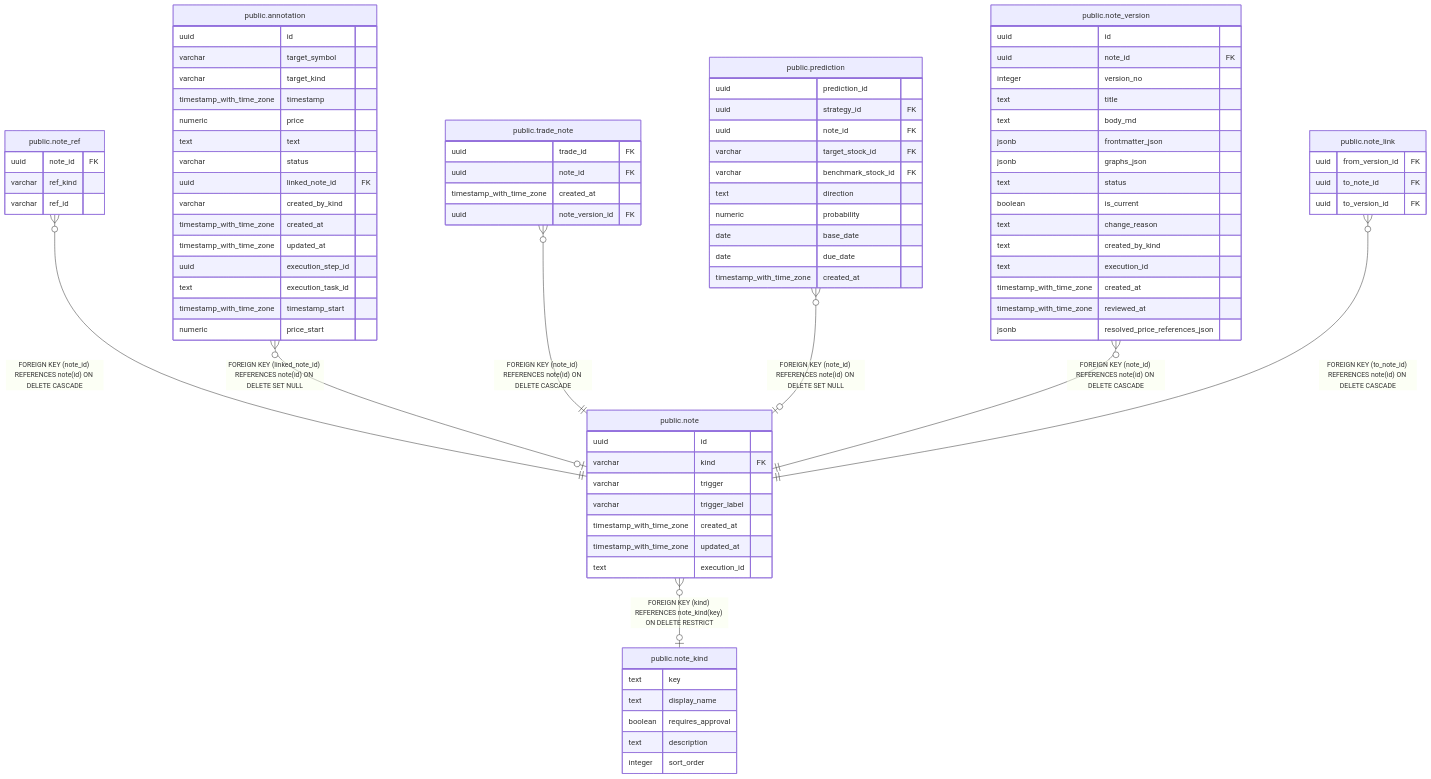
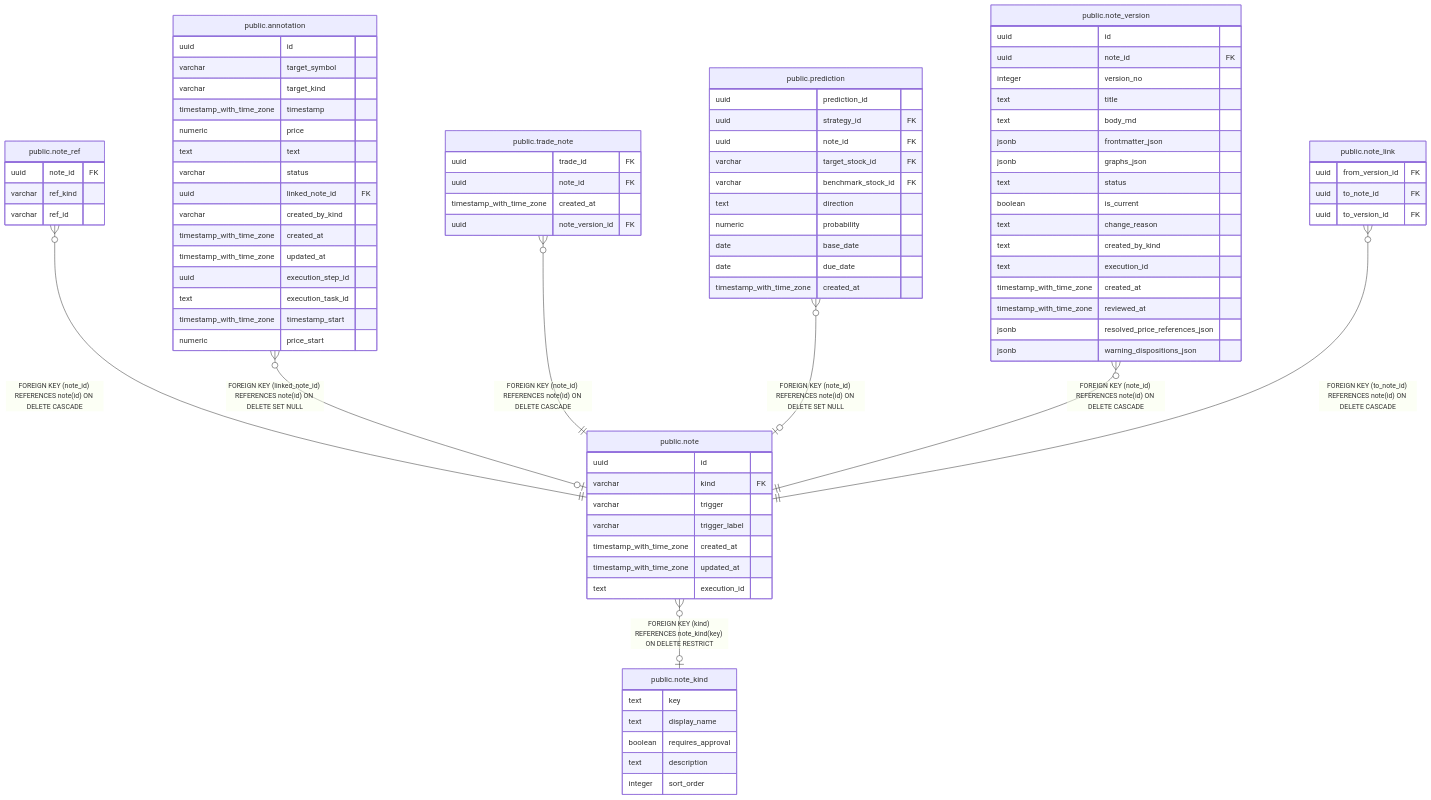
One commit to fohte/t-rader changed the diagram in backend/docs/db/public.note.md. Above: the diagram before and after it, drawn with Mermaid. The commit also changed 52 other files, not shown here.

```diff
--- a/backend/docs/db/public.note.md
+++ b/backend/docs/db/public.note.md
@@ -113,6 +113,7 @@
   timestamp_with_time_zone created_at
   timestamp_with_time_zone reviewed_at
   jsonb resolved_price_references_json
+  jsonb warning_dispositions_json
 }
 "public.note_link" {
   uuid from_version_id FK
```
